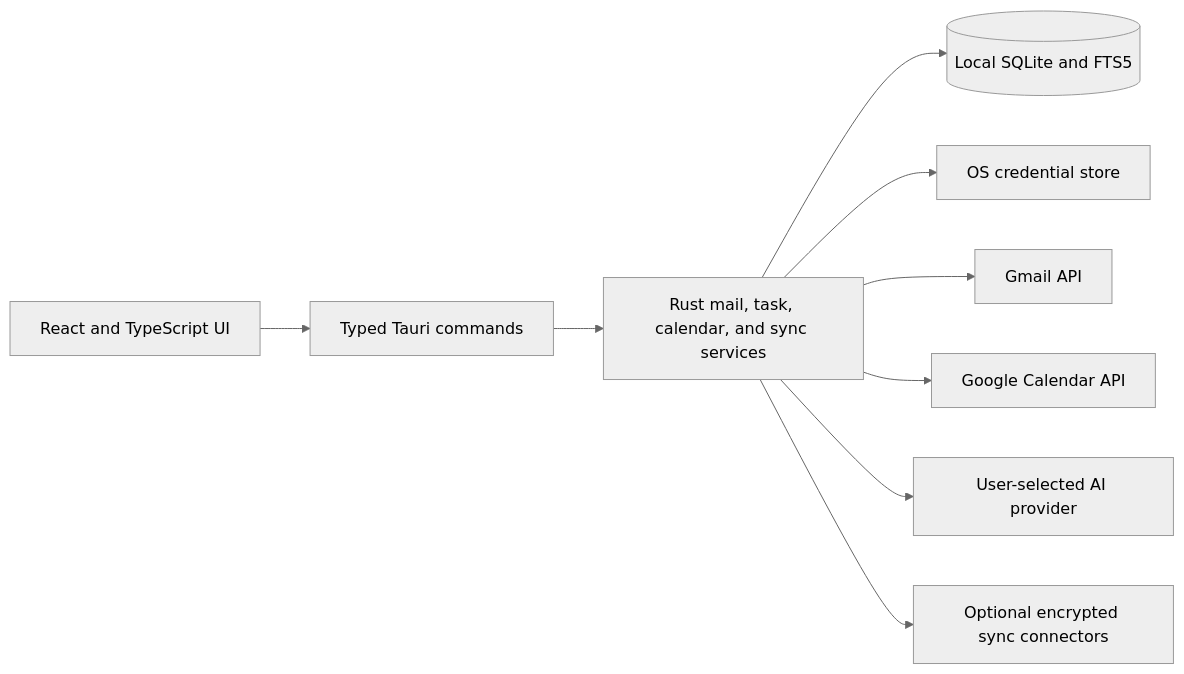
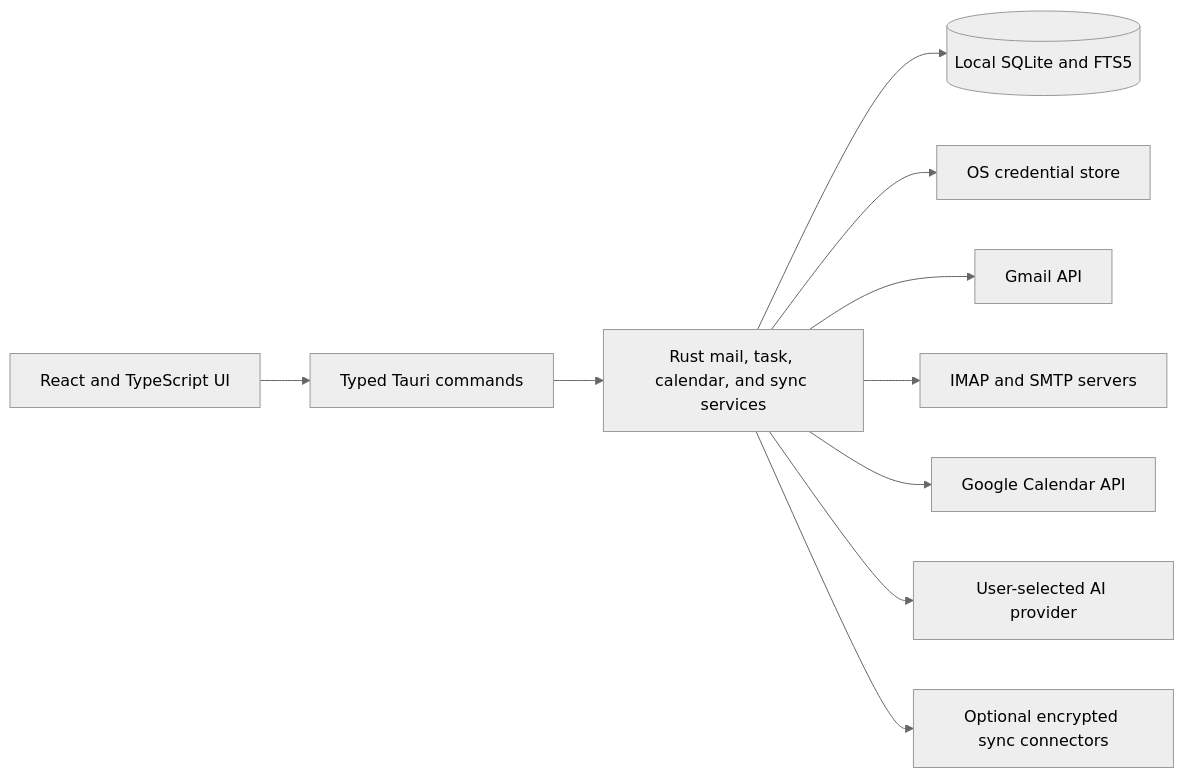
One commit to oa-labs/ThreeStrands changed the diagram in PLAN.MD. Above: the diagram before and after it, drawn with Mermaid (neutral theme). The commit also changed other lines of this file and 11 other files, not shown here.

````diff
--- a/PLAN.MD
+++ b/PLAN.MD
@@ -158,11 +160,12 @@
 ```mermaid
 flowchart LR
     UI[React and TypeScript UI] --> IPC[Typed Tauri commands]
     IPC --> Core[Rust mail, task, calendar, and sync services]
     Core --> DB[(Local SQLite and FTS5)]
     Core --> Vault[OS credential store]
     Core --> Gmail[Gmail API]
+    Core --> IMAP[IMAP and SMTP servers]
     Core --> Calendar[Google Calendar API]
     Core --> AI[User-selected AI provider]
     Core --> Transport[Optional encrypted sync connectors]
 ```
````
